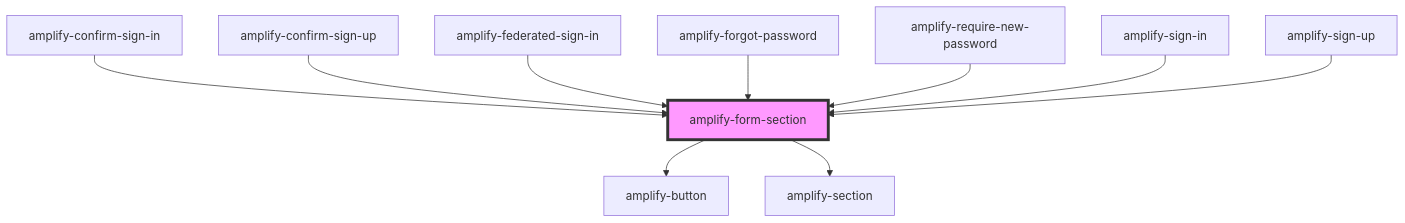
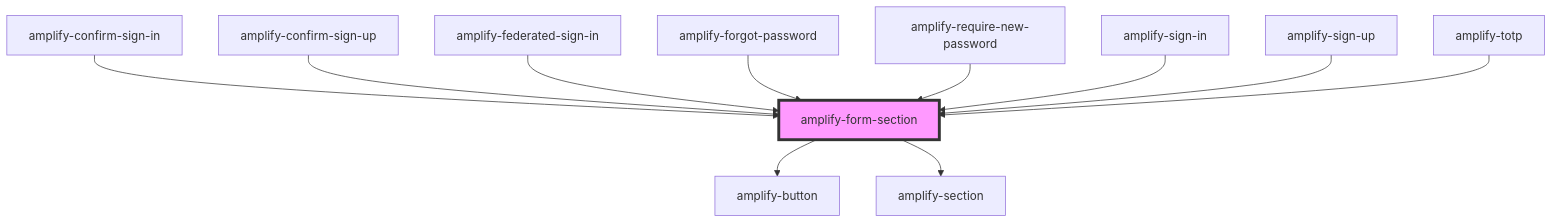
One commit to aws-amplify/amplify-js changed the diagram in packages/amplify-ui-components/src/components/amplify-form-section/readme.md. Above: the diagram before and after it, drawn with Mermaid. The commit also changed other lines of this file and 13 other files, not shown here.

````diff
--- a/packages/amplify-ui-components/src/components/amplify-form-section/readme.md
+++ b/packages/amplify-ui-components/src/components/amplify-form-section/readme.md
@@ -36,13 +35,14 @@
 ```mermaid
 graph TD;
   amplify-form-section --> amplify-button
   amplify-form-section --> amplify-section
   amplify-confirm-sign-in --> amplify-form-section
   amplify-confirm-sign-up --> amplify-form-section
   amplify-federated-sign-in --> amplify-form-section
   amplify-forgot-password --> amplify-form-section
   amplify-require-new-password --> amplify-form-section
   amplify-sign-in --> amplify-form-section
   amplify-sign-up --> amplify-form-section
+  amplify-totp --> amplify-form-section
   style amplify-form-section fill:#f9f,stroke:#333,stroke-width:4px
 ```
````
